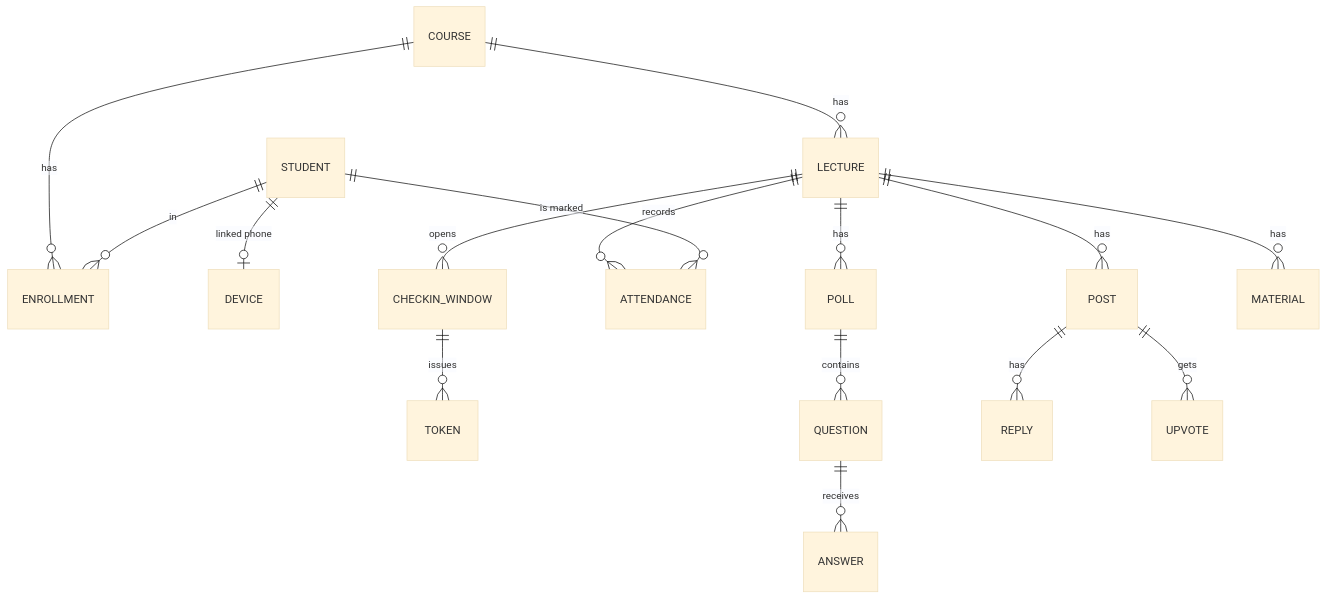
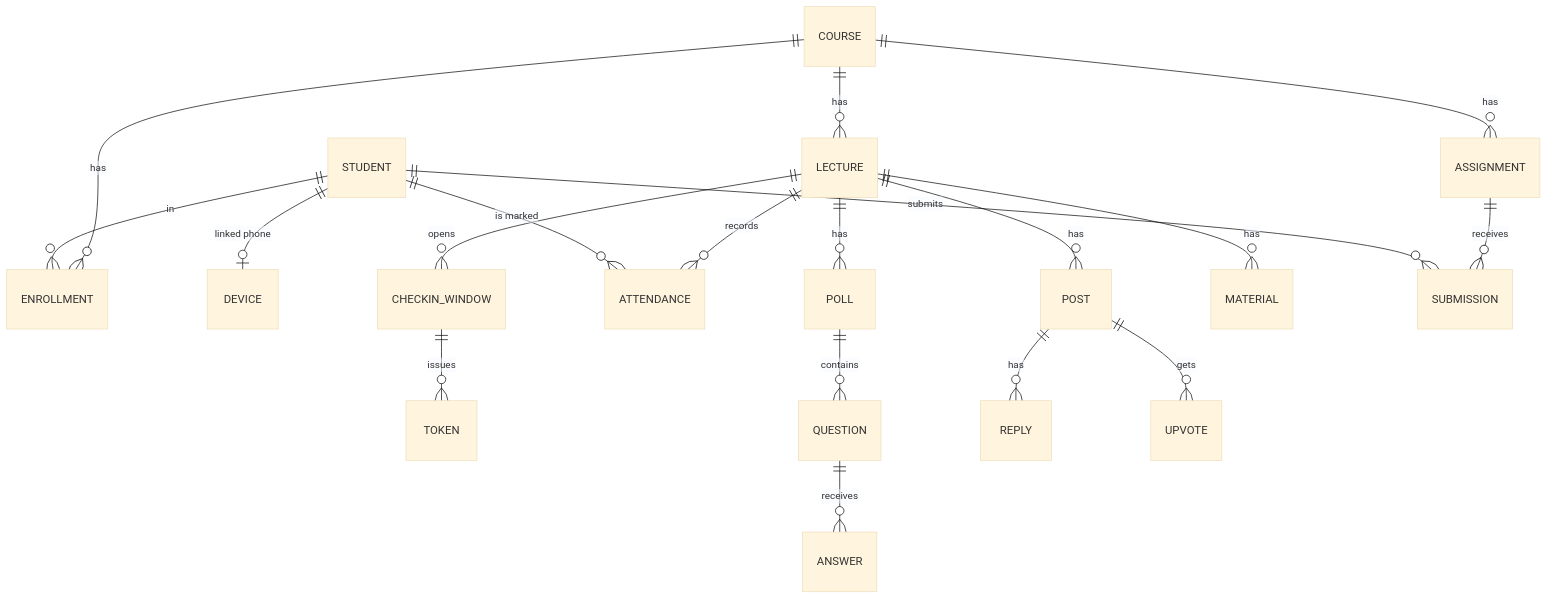
One commit to shiral2571-alt/SoftwareEngineering_Ex2 changed the third of 3 diagrams in docs/COMPONENTS.md. Above: the diagram before and after it, drawn with Mermaid (base theme). The commit also changed other lines of this file and 22 other files, not shown here.

````diff
--- a/docs/COMPONENTS.md
+++ b/docs/COMPONENTS.md
@@ -85,18 +88,21 @@
 ```mermaid
 erDiagram
     COURSE ||--o{ ENROLLMENT : has
     STUDENT ||--o{ ENROLLMENT : in
     STUDENT ||--o| DEVICE : "linked phone"
     COURSE ||--o{ LECTURE : has
     LECTURE ||--o{ CHECKIN_WINDOW : opens
     CHECKIN_WINDOW ||--o{ TOKEN : issues
     LECTURE ||--o{ ATTENDANCE : records
     STUDENT ||--o{ ATTENDANCE : "is marked"
     LECTURE ||--o{ POLL : has
     POLL ||--o{ QUESTION : contains
     QUESTION ||--o{ ANSWER : receives
     LECTURE ||--o{ POST : has
     POST ||--o{ REPLY : has
     POST ||--o{ UPVOTE : gets
     LECTURE ||--o{ MATERIAL : has
+    COURSE ||--o{ ASSIGNMENT : has
+    ASSIGNMENT ||--o{ SUBMISSION : receives
+    STUDENT ||--o{ SUBMISSION : submits
 ```
````
